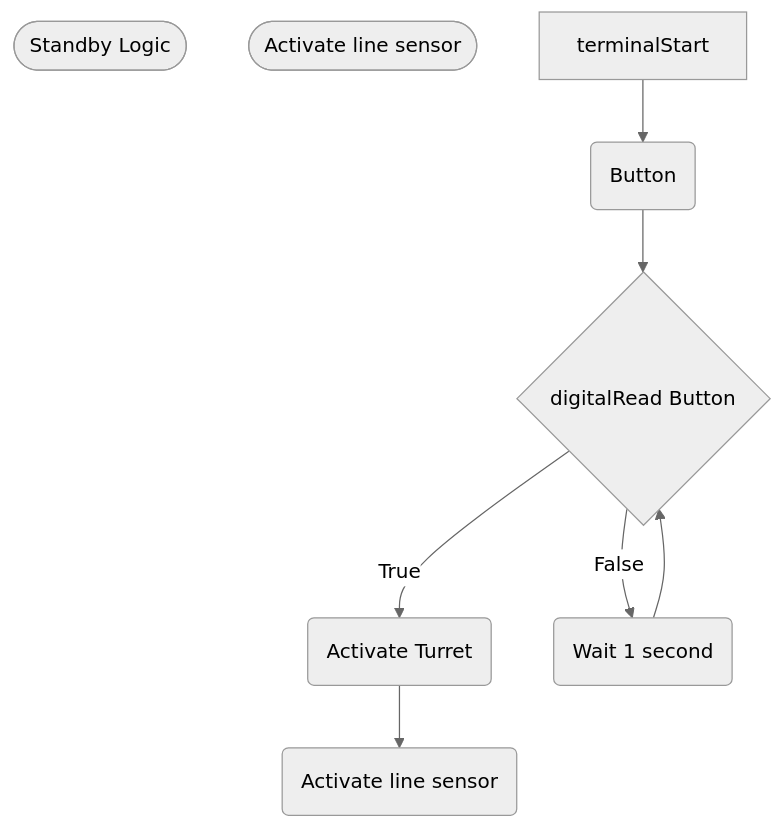
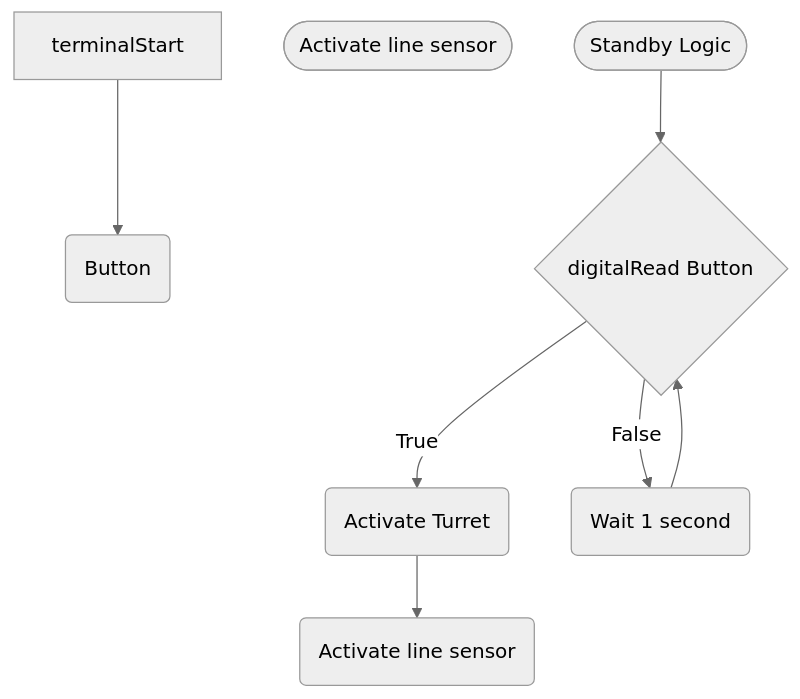
Before and after one commit to Zac2259/Smart-Turret: the first of 3 diagrams in logic.md, drawn with Mermaid (neutral theme).

````diff
--- a/logic.md
+++ b/logic.md
@@ -3,17 +3,17 @@
  ```mermaid
  flowchart TD
  %%standby logic
 terminalStart1([Standby Logic])
  terminalEnd1([Activate line sensor])
  Button(Button)
 Buttontrigger{digitalRead Button}
 activateturret(Activate Turret)
 activatesensor(Activate line sensor)
 loop(Wait 1 second)
 terminalStart --> Button
-Button --> Buttontrigger
+terminalStart1 --> Buttontrigger
 Buttontrigger --> |True| activateturret
 activateturret --> activatesensor
 Buttontrigger --> |False| loop
 loop -->Buttontrigger
 ```
````
